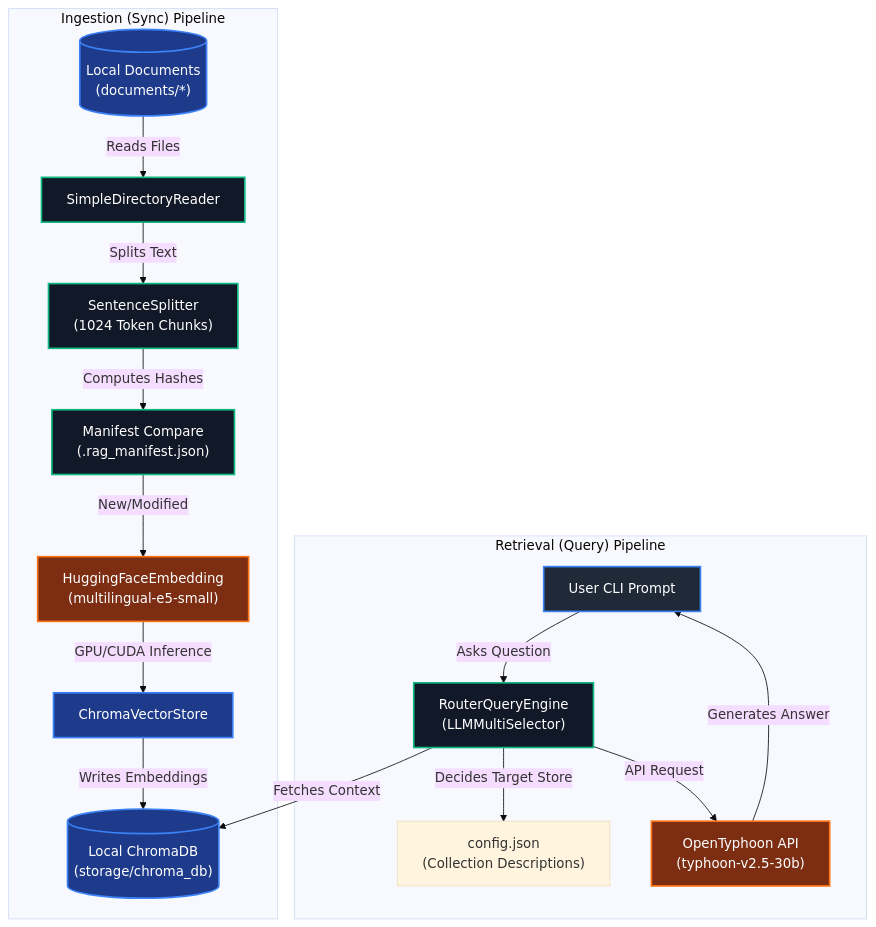
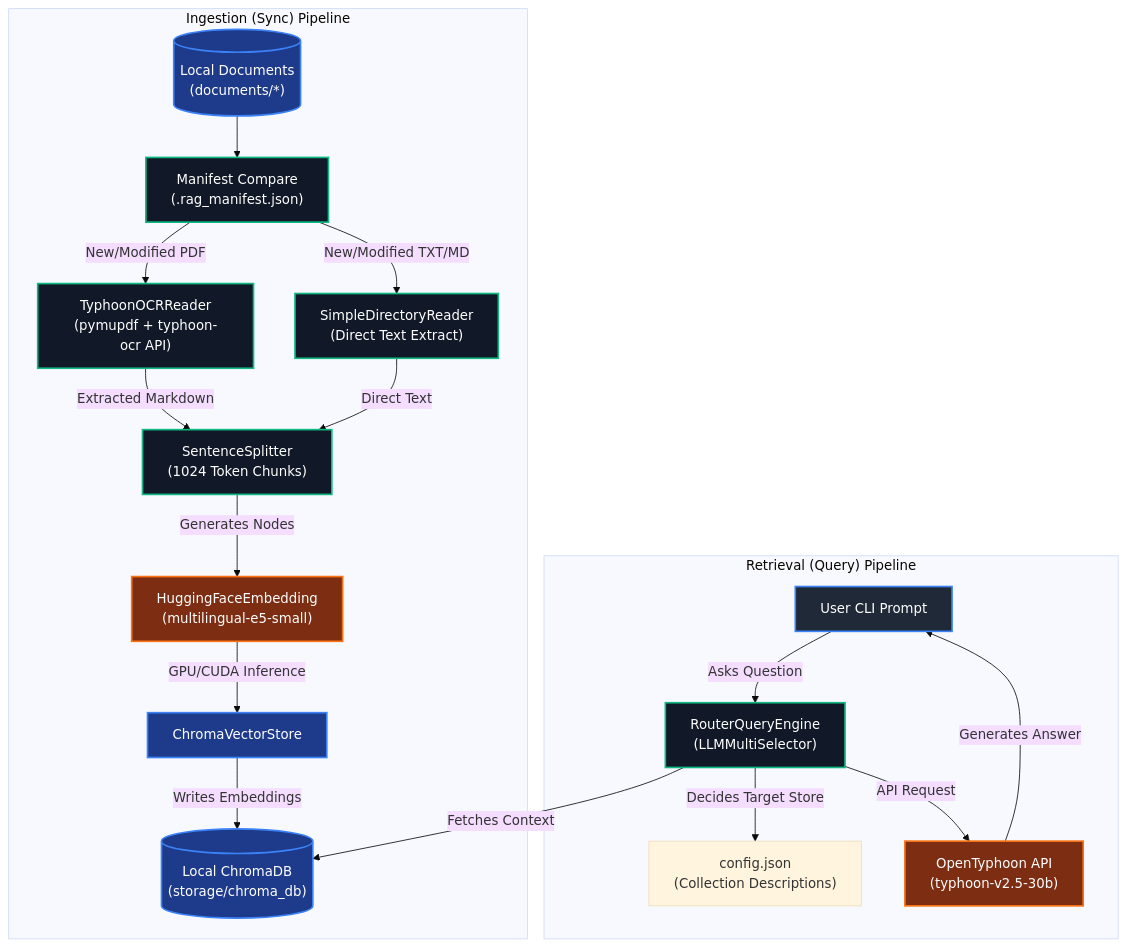
Before and after one commit to PhoengZ/rag-agent-help-studying: the diagram in README.md, drawn with Mermaid (base theme). The commit also changed other lines of this file, not shown here.

Commit message:
feat(ingest): integrate typhoon-ocr for pdf extraction
Implement a custom TyphoonOCRReader using PyMuPDF to render pages to PNG images in-memory and process them concurrently with the OpenTyphoon OCR API. Integrate the reader into sync_manager.py and update pyproject.toml and README.md.

````diff
--- a/README.md
+++ b/README.md
@@ -42,31 +46,33 @@
 ```mermaid
 graph TD
     %% Define Node Styles
     classDef client fill:#1f2937,stroke:#3b82f6,stroke-width:2px,color:#fff;
     classDef logic fill:#111827,stroke:#10b981,stroke-width:2px,color:#fff;
     classDef db fill:#1e3a8a,stroke:#3b82f6,stroke-width:2px,color:#fff;
     classDef external fill:#7c2d12,stroke:#f97316,stroke-width:2px,color:#fff;
 
     subgraph "Ingestion (Sync) Pipeline"
-        Docs[("Local Documents\n(documents/*)")] -->|Reads Files| Reader["SimpleDirectoryReader"]
-        Reader -->|Splits Text| Splitter["SentenceSplitter\n(1024 Token Chunks)"]
-        Splitter -->|Computes Hashes| HashCheck["Manifest Compare\n(.rag_manifest.json)"]
-        HashCheck -->|New/Modified| EmbedModel["HuggingFaceEmbedding\n(multilingual-e5-small)"]
+        Docs[("Local Documents\n(documents/*)")] --> HashCheck["Manifest Compare\n(.rag_manifest.json)"]
+        HashCheck -->|New/Modified PDF| OCR["TyphoonOCRReader\n(pymupdf + typhoon-ocr API)"]
+        HashCheck -->|New/Modified TXT/MD| TextReader["SimpleDirectoryReader\n(Direct Text Extract)"]
+        OCR -->|Extracted Markdown| Splitter["SentenceSplitter\n(1024 Token Chunks)"]
+        TextReader -->|Direct Text| Splitter
+        Splitter -->|Generates Nodes| EmbedModel["HuggingFaceEmbedding\n(multilingual-e5-small)"]
         EmbedModel -->|GPU/CUDA Inference| VectorStore["ChromaVectorStore"]
         VectorStore -->|Writes Embeddings| ChromaDB[("Local ChromaDB\n(storage/chroma_db)")]
     end
 
     subgraph "Retrieval (Query) Pipeline"
         User["User CLI Prompt"] -->|Asks Question| Router["RouterQueryEngine\n(LLMMultiSelector)"]
         Router -->|Decides Target Store| Config["config.json\n(Collection Descriptions)"]
         Router -->|API Request| LLM["OpenTyphoon API\n(typhoon-v2.5-30b)"]
         Router -->|Fetches Context| ChromaDB
         LLM -->|Generates Answer| User
     end
 
     %% Apply styles
     class User client;
-    class Reader,Splitter,HashCheck,Router logic;
+    class TextReader,OCR,Splitter,HashCheck,Router logic;
     class Docs,ChromaDB,VectorStore db;
     class EmbedModel,LLM external;
 ```
````
